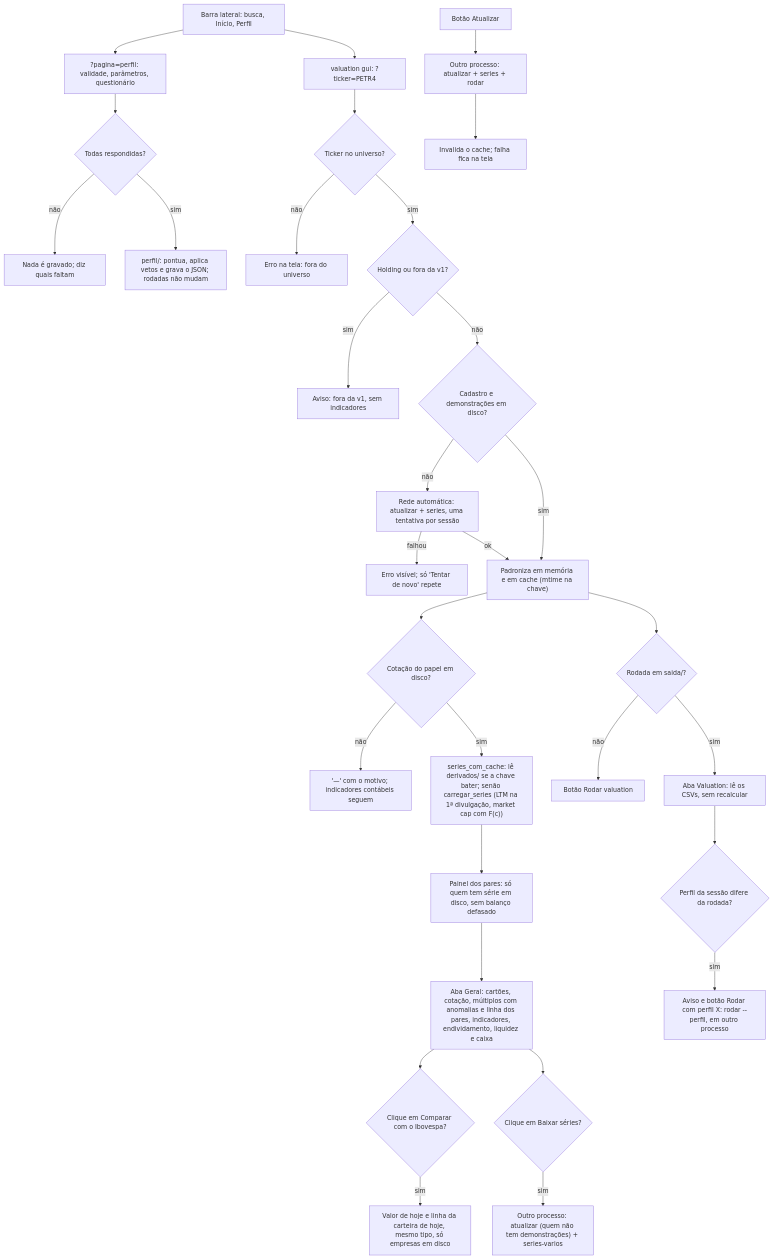
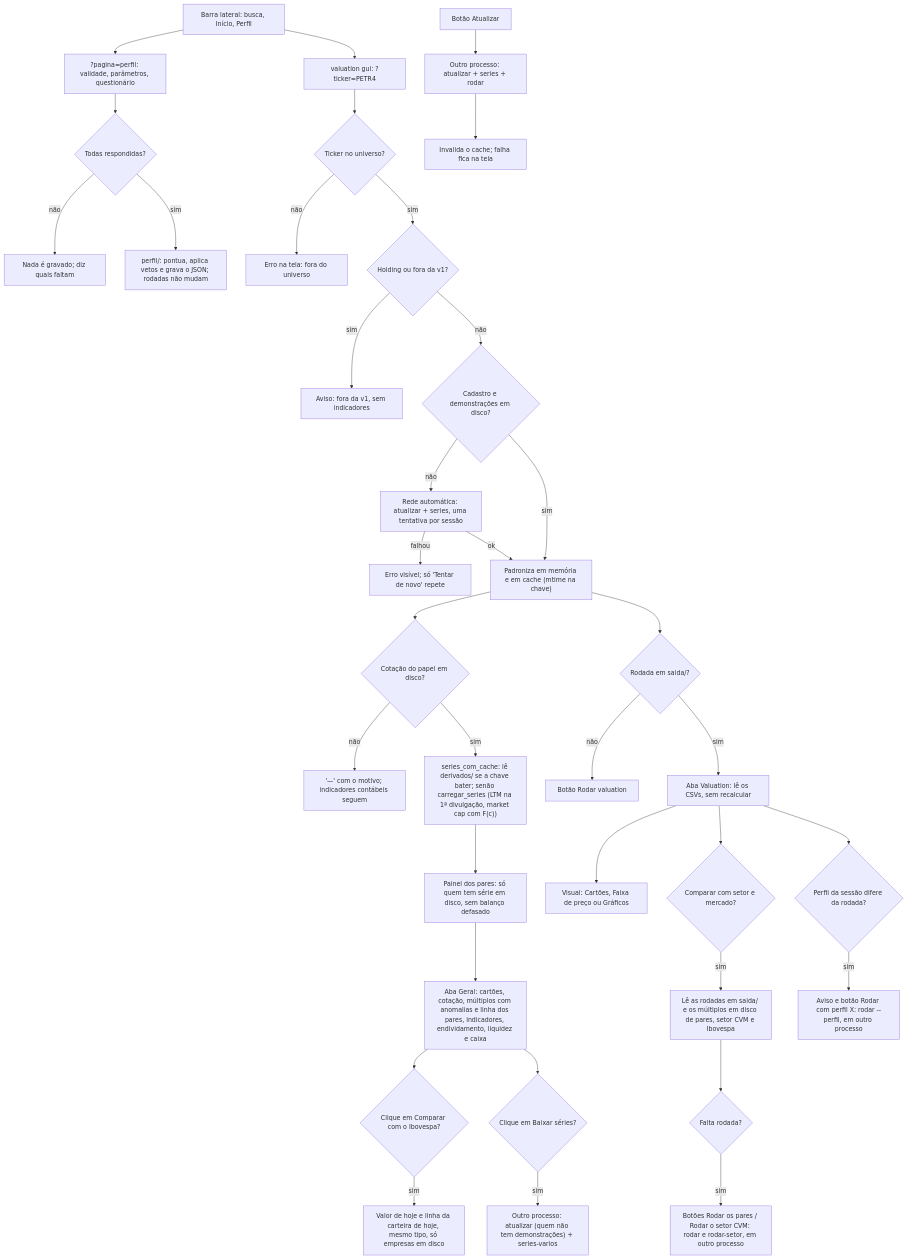
The fifth of 5 diagrams in docs/diagrama_atividades.md (luiz2801/lastro), drawn with Mermaid before and after one commit. The commit also changed 14 other files, not shown here.

First line of the commit message:
gui: aba Valuation em cartões com comparação por setor e mercado (ADR 0026)

````diff
--- a/docs/diagrama_atividades.md
+++ b/docs/diagrama_atividades.md
@@ -323,33 +323,38 @@
 ```mermaid
 flowchart TD
   Z["Barra lateral: busca, Início, Perfil"] --> A
   Z --> Y["?pagina=perfil: validade, parâmetros, questionário"]
   Y --> Y1{"Todas respondidas?"}
   Y1 -->|não| Y2["Nada é gravado; diz quais faltam"]
   Y1 -->|sim| Y3["perfil/: pontua, aplica vetos e grava o JSON; rodadas não mudam"]
   A["valuation gui: ?ticker=PETR4"] --> B{"Ticker no universo?"}
   B -->|não| B1["Erro na tela: fora do universo"]
   B -->|sim| C{"Holding ou fora da v1?"}
   C -->|sim| C1["Aviso: fora da v1, sem indicadores"]
   C -->|não| D{"Cadastro e demonstrações em disco?"}
   D -->|não| E["Rede automática: atualizar + series, uma tentativa por sessão"]
   E -->|falhou| E1["Erro visível; só 'Tentar de novo' repete"]
   E -->|ok| F
   D -->|sim| F["Padroniza em memória e em cache (mtime na chave)"]
   F --> G{"Cotação do papel em disco?"}
   G -->|não| G1["'—' com o motivo; indicadores contábeis seguem"]
   G -->|sim| H["series_com_cache: lê derivados/ se a chave bater; senão carregar_series (LTM na 1ª divulgação, market cap com F(c))"]
   H --> P["Painel dos pares: só quem tem série em disco, sem balanço defasado"]
   P --> I["Aba Geral: cartões, cotação, múltiplos com anomalias e linha dos pares, indicadores, endividamento, liquidez e caixa"]
   I --> J{"Clique em Comparar com o Ibovespa?"}
   J -->|sim| J1["Valor de hoje e linha da carteira de hoje, mesmo tipo, só empresas em disco"]
   I --> Q{"Clique em Baixar séries?"}
   Q -->|sim| Q1["Outro processo: atualizar (quem não tem demonstrações) + series-varios"]
   F --> K{"Rodada em saida/?"}
   K -->|não| K1["Botão Rodar valuation"]
   K -->|sim| L["Aba Valuation: lê os CSVs, sem recalcular"]
+  L --> L1["Visual: Cartões, Faixa de preço ou Gráficos"]
+  L --> L2{"Comparar com setor e mercado?"}
+  L2 -->|sim| L3["Lê as rodadas em saida/ e os múltiplos em disco de pares, setor CVM e Ibovespa"]
+  L3 --> L4{"Falta rodada?"}
+  L4 -->|sim| L5["Botões Rodar os pares / Rodar o setor CVM: rodar e rodar-setor, em outro processo"]
   L --> R{"Perfil da sessão difere da rodada?"}
   R -->|sim| R1["Aviso e botão Rodar com perfil X: rodar --perfil, em outro processo"]
   M["Botão Atualizar"] --> N["Outro processo: atualizar + series + rodar"]
   N --> O["Invalida o cache; falha fica na tela"]
 ```
````
